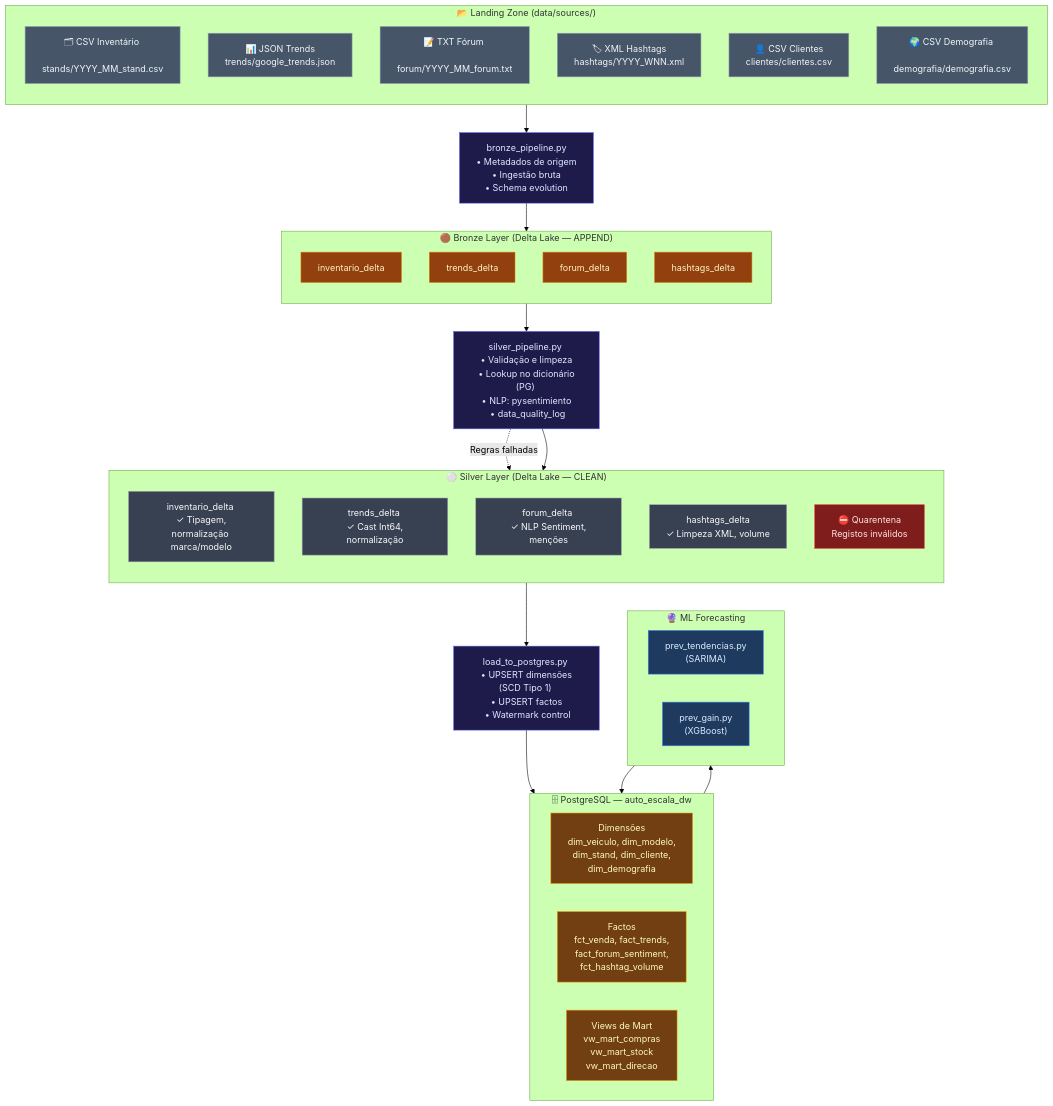
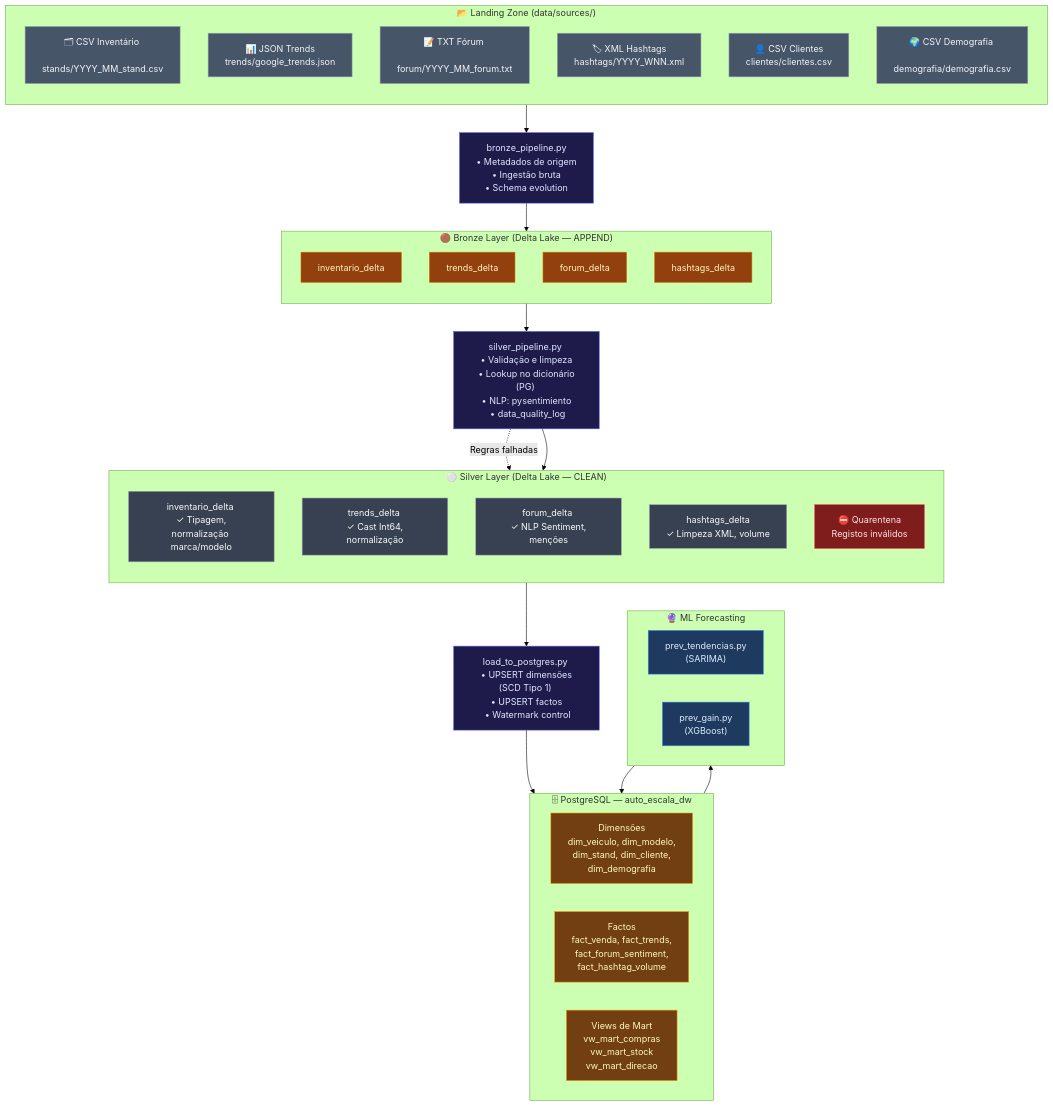
Before and after one commit to JoseRuiSilva/CDGE: the diagram in docs/bpmn.mmd, drawn with Mermaid (forest theme). The commit also changed 21 other files, not shown here.

```diff
--- a/docs/bpmn.mmd
+++ b/docs/bpmn.mmd
@@ -1,72 +1,72 @@
 flowchart TD
     %% ===================================================
     %% PIPELINE ETL MEDALLION — Auto Escala
     %% Bronze → Silver → PostgreSQL → ML Models
     %% ===================================================
 
     classDef source   fill:#475569,stroke:#94a3b8,color:#f1f5f9
     classDef bronze   fill:#92400e,stroke:#d97706,color:#fef3c7
     classDef silver   fill:#374151,stroke:#9ca3af,color:#f9fafb
     classDef quart    fill:#7f1d1d,stroke:#ef4444,color:#fee2e2
     classDef gold     fill:#713f12,stroke:#f59e0b,color:#fef9c3
     classDef ml       fill:#1e3a5f,stroke:#3b82f6,color:#dbeafe
     classDef control  fill:#1e1b4b,stroke:#6366f1,color:#e0e7ff
 
     %% ─── FONTES ─────────────────────────────────────────
     subgraph FONTES ["📂 Landing Zone  (data/sources/)"]
         direction TB
         CSV["🗂 CSV Inventário <br/> stands/YYYY_MM_stand.csv"]:::source
         JSON["📊 JSON Trends <br/> trends/google_trends.json"]:::source
         TXT["📝 TXT Fórum <br/> forum/YYYY_MM_forum.txt"]:::source
         XML["🏷 XML Hashtags <br/> hashtags/YYYY_WNN.xml"]:::source
         CLI["👤 CSV Clientes <br/> clientes/clientes.csv"]:::source
         DEMO["🌍 CSV Demografia <br/> demografia/demografia.csv"]:::source
     end
 
     %% ─── BRONZE ─────────────────────────────────────────
     subgraph BRONZE ["🟤 Bronze Layer  (Delta Lake — APPEND)"]
         direction TB
         BI["inventario_delta"]:::bronze
         BT["trends_delta"]:::bronze
         BF["forum_delta"]:::bronze
         BH["hashtags_delta"]:::bronze
     end
 
     BP["bronze_pipeline.py <br/> • Metadados de origem <br/> • Ingestão bruta <br/> • Schema evolution"]:::control
 
     FONTES --> BP --> BRONZE
 
     %% ─── SILVER ─────────────────────────────────────────
     subgraph SILVER ["⚪ Silver Layer  (Delta Lake — CLEAN)"]
         direction TB
         SI["inventario_delta <br/> ✓ Tipagem, normalização marca/modelo"]:::silver
         ST["trends_delta <br/> ✓ Cast Int64, normalização"]:::silver
         SF["forum_delta <br/> ✓ NLP Sentiment, menções"]:::silver
         SH["hashtags_delta <br/> ✓ Limpeza XML, volume"]:::silver
         Q["⛔ Quarentena <br/> Registos inválidos"]:::quart
     end
 
     SP["silver_pipeline.py <br/> • Validação e limpeza <br/> • Lookup no dicionário (PG) <br/> • NLP: pysentimiento <br/> • data_quality_log"]:::control
 
     BRONZE --> SP --> SILVER
     SP -. "Regras falhadas" .-> Q
 
     %% ─── POSTGRESQL ─────────────────────────────────────
     subgraph PG ["🗄 PostgreSQL — auto_escala_dw"]
         direction LR
         DIMS["Dimensões <br/> dim_veiculo, dim_modelo, <br/> dim_stand, dim_cliente, <br/> dim_demografia"]:::gold
-        FACTS["Factos <br/> fct_venda, fact_trends, <br/> fact_forum_sentiment, <br/> fct_hashtag_volume"]:::gold
+        FACTS["Factos <br/> fact_venda, fact_trends, <br/> fact_forum_sentiment, <br/> fact_hashtag_volume"]:::gold
         VIEWS["Views de Mart <br/> vw_mart_compras <br/> vw_mart_stock <br/> vw_mart_direcao"]:::gold
     end
 
     LP["load_to_postgres.py <br/> • UPSERT dimensões (SCD Tipo 1) <br/> • UPSERT factos <br/> • Watermark control"]:::control
 
     SILVER --> LP --> PG
 
     %% ─── MODELS ─────────────────────────────────────────
     subgraph MODELS ["🔮 ML Forecasting"]
         M1["prev_tendencias.py <br/> (SARIMA)"]:::ml
         M3["prev_gain.py <br/> (XGBoost)"]:::ml
     end
 
     PG --> MODELS --> FACTS
```
